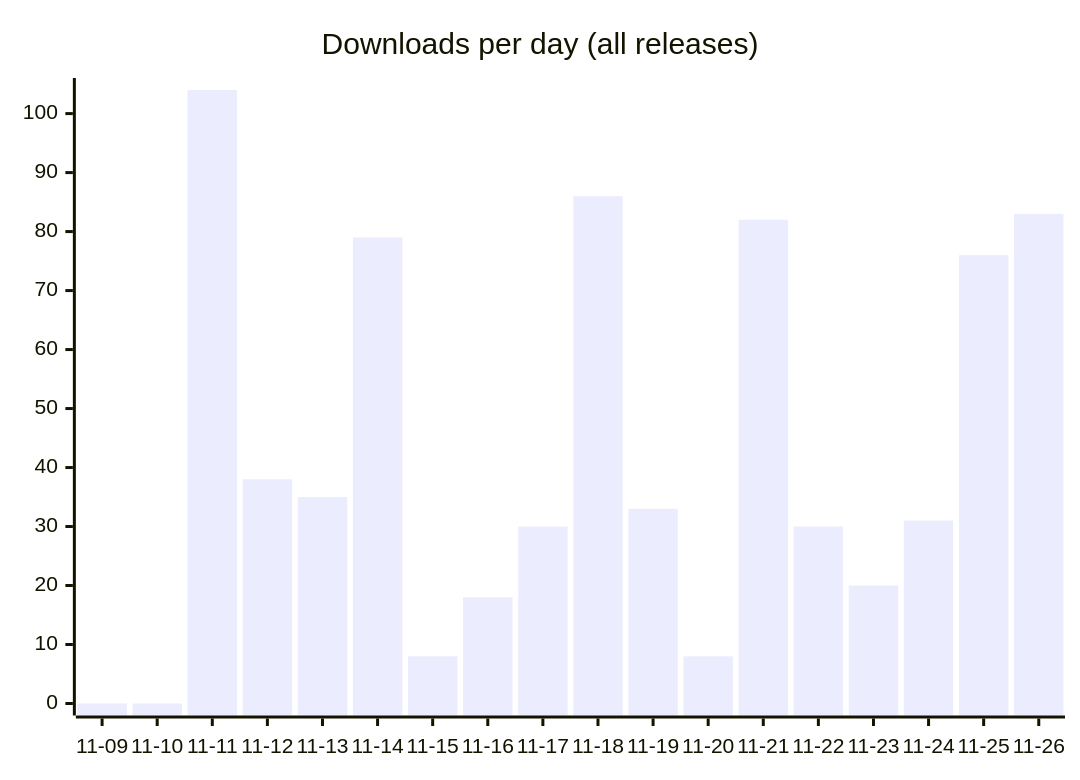
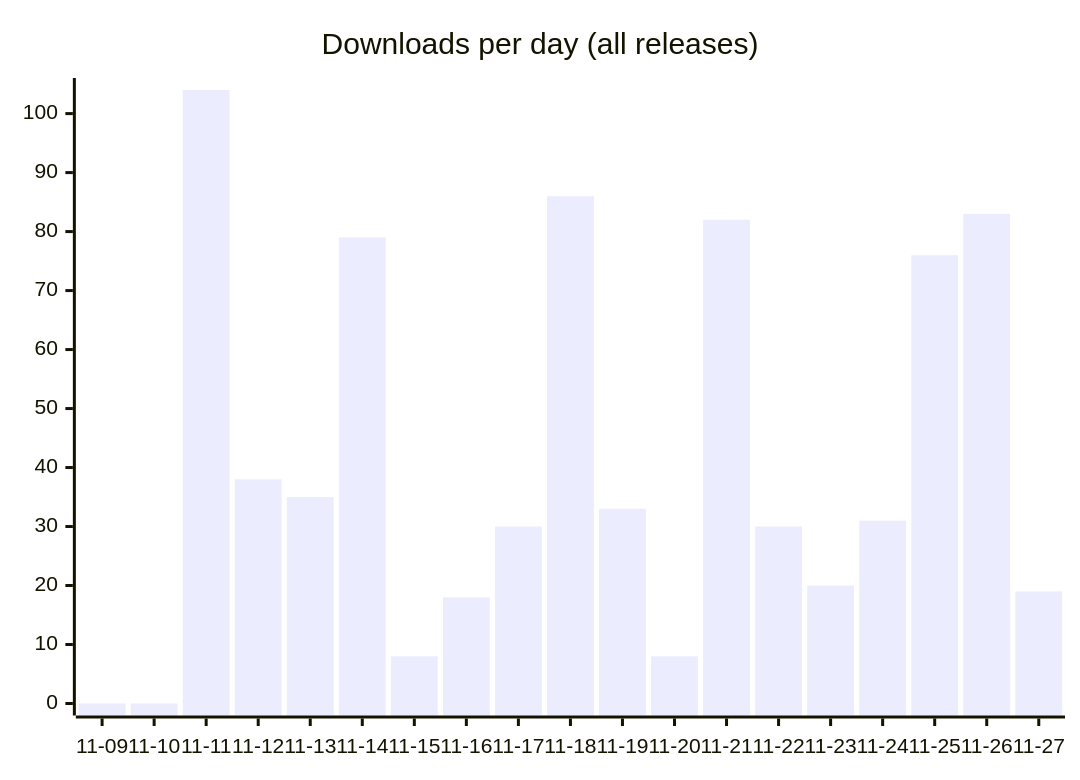
One commit to fmadore/Kalamu changed the first of 2 diagrams in README.md. Above: the diagram before and after it, drawn with Mermaid. The commit also changed other lines of this file and 3 other files, not shown here.

````diff
--- a/README.md
+++ b/README.md
@@ -49,6 +50,6 @@
 ```mermaid
 xychart-beta
     title "Downloads per day (all releases)"
-    x-axis ["11-09", "11-10", "11-11", "11-12", "11-13", "11-14", "11-15", "11-16", "11-17", "11-18", "11-19", "11-20", "11-21", "11-22", "11-23", "11-24", "11-25", "11-26"]
-    bar [0, 0, 104, 38, 35, 79, 8, 18, 30, 86, 33, 8, 82, 30, 20, 31, 76, 83]
+    x-axis ["11-09", "11-10", "11-11", "11-12", "11-13", "11-14", "11-15", "11-16", "11-17", "11-18", "11-19", "11-20", "11-21", "11-22", "11-23", "11-24", "11-25", "11-26", "11-27"]
+    bar [0, 0, 104, 38, 35, 79, 8, 18, 30, 86, 33, 8, 82, 30, 20, 31, 76, 83, 19]
 ```
````
